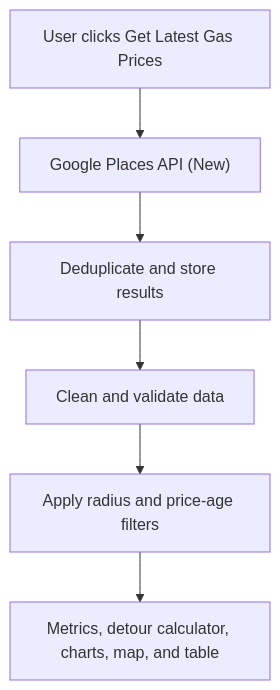
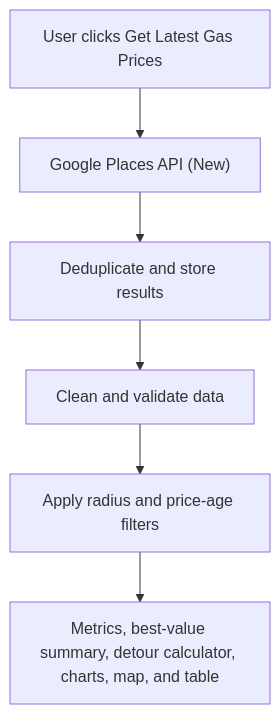
Before and after one commit to acesvd/GSU-Gas-Dashboard: the diagram in README.md, drawn with Mermaid. The commit also changed other lines of this file and 11 other files, not shown here.

Commit message:
Added campus selectors (Atlanta, Buckhead, and Perimeter campuses). ; Implement different search grids and stricter validation, deduplication, and brand identification. ; Updated best-value option selector to choose one best option and distinguish from other lowest price options.

````diff
--- a/README.md
+++ b/README.md
@@ -134,15 +143,15 @@
 ```mermaid
 flowchart TD
     A["User clicks Get Latest Gas Prices"]
     B["Google Places API (New)"]
     C["Deduplicate and store results"]
     D["Clean and validate data"]
     E["Apply radius and price-age filters"]
-    F["Metrics, detour calculator, charts, map, and table"]
+    F["Metrics, best-value summary, detour calculator, charts, map, and table"]
 
     A --> B
     B --> C
     C --> D
     D --> E
     E --> F
 ```
````
